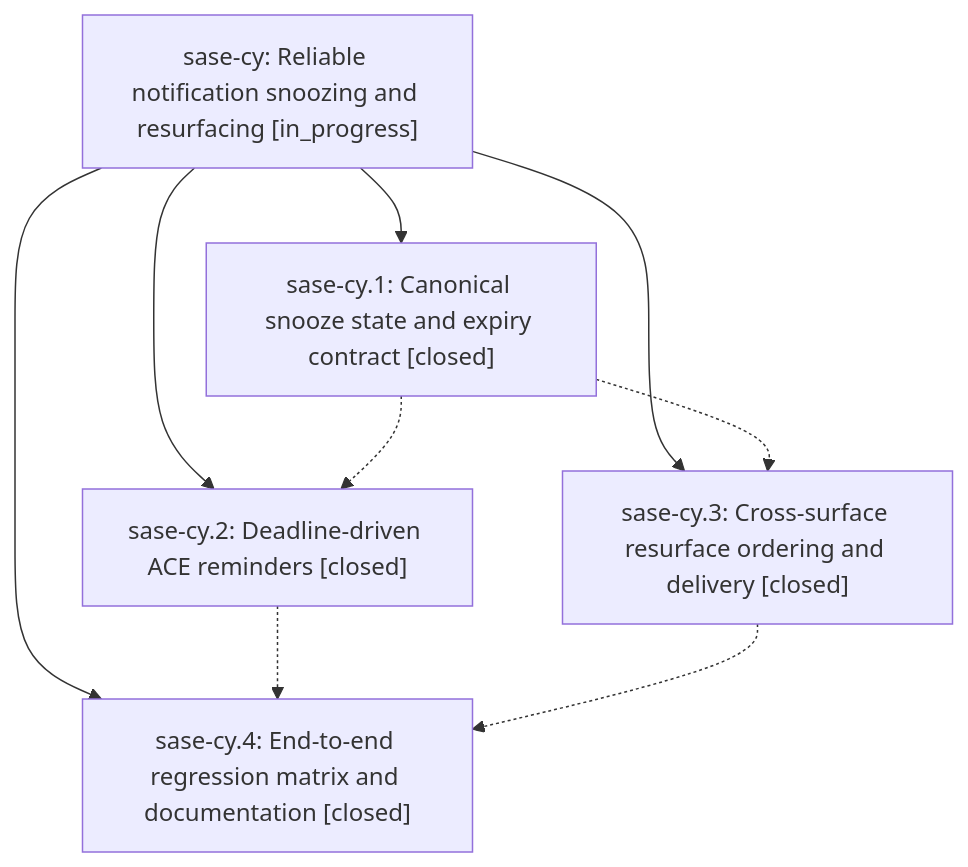
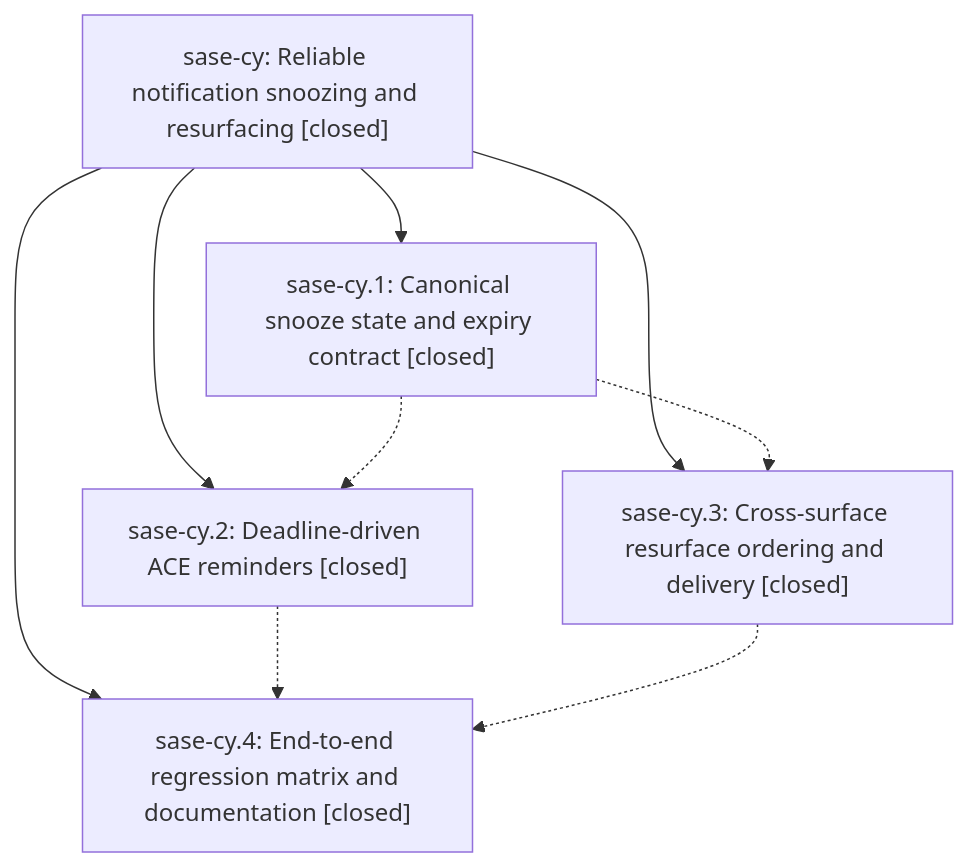
One commit to sase-org/sase--beads changed the diagram in pages/sase-cy/README.md. Above: the diagram before and after it, drawn with Mermaid. The commit also changed other lines of this file, not shown here.

First line of the commit message:
chore(beads): sync bead state and pages for sase-cy

````diff
--- a/pages/sase-cy/README.md
+++ b/pages/sase-cy/README.md
@@ -25,16 +31,16 @@
 ```mermaid
 flowchart TD
-    n0["sase-cy: Reliable notification snoozing and resurfacing [in_progress]"]
+    n0["sase-cy: Reliable notification snoozing and resurfacing [closed]"]
     n1["sase-cy.1: Canonical snooze state and expiry contract [closed]"]
     n2["sase-cy.2: Deadline-driven ACE reminders [closed]"]
     n3["sase-cy.3: Cross-surface resurface ordering and delivery [closed]"]
     n4["sase-cy.4: End-to-end regression matrix and documentation [closed]"]
     n0 --> n1
     n0 --> n2
     n0 --> n3
     n0 --> n4
     n1 -.-> n2
     n1 -.-> n3
     n2 -.-> n4
     n3 -.-> n4
 ```
````
